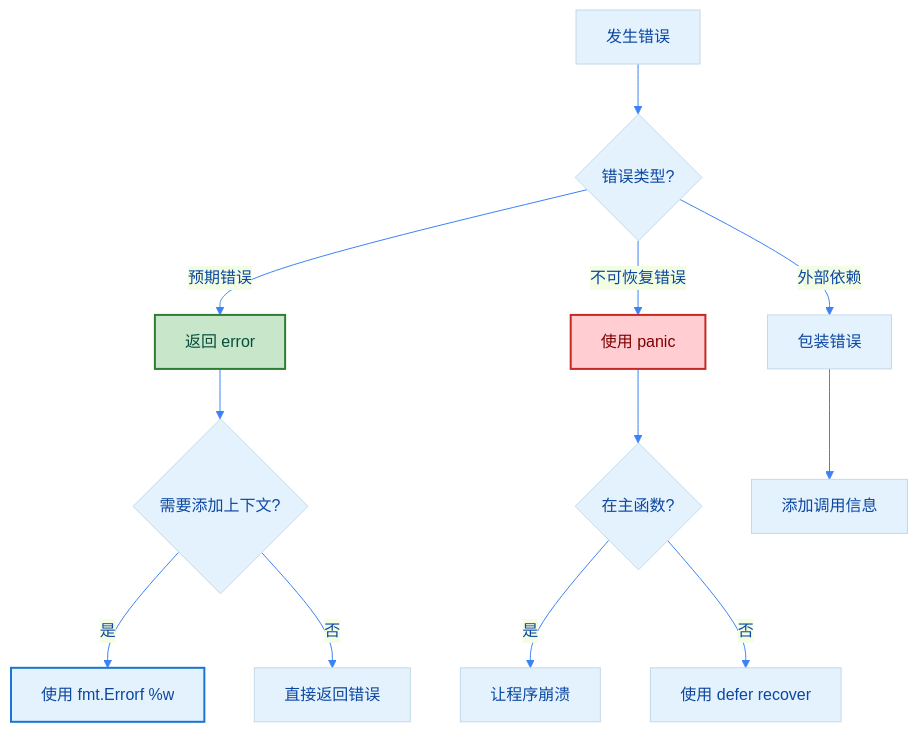
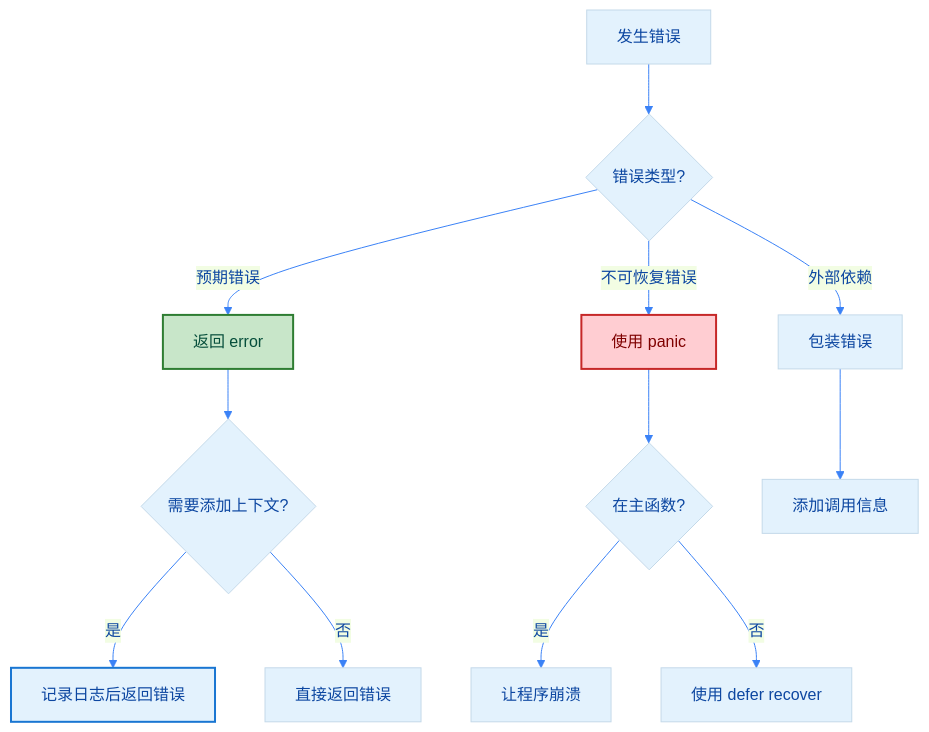
One commit to lazygophers/knowledge changed the fifth of 5 diagrams in docs/zh/golang/functions-methods/panic-recover.mdx. Above: the diagram before and after it, drawn with Mermaid. The commit also changed other lines of this file and 5 other files, not shown here.

````diff
--- a/docs/zh/golang/functions-methods/panic-recover.mdx
+++ b/docs/zh/golang/functions-methods/panic-recover.mdx
@@ -627,22 +636,22 @@
 ```mermaid
 %%{init: {'theme':'base', 'themeVariables': { 'lineColor':'#3b82f6', 'primaryColor':'#e3f2fd', 'primaryTextColor':'#0d47a1'}}}%%
 flowchart TD
     A[发生错误] --> B{错误类型?}
     B -->|预期错误| C[返回 error]
     B -->|不可恢复错误| D[使用 panic]
     B -->|外部依赖| E[包装错误]
 
     C --> F{需要添加上下文?}
-    F -->|是| G[使用 fmt.Errorf %w]
+    F -->|是| G[记录日志后返回错误]
     F -->|否| H[直接返回错误]
 
     D --> I{在主函数?}
     I -->|是| J[让程序崩溃]
     I -->|否| K[使用 defer recover]
 
     E --> L[添加调用信息]
 
     style C fill:#c8e6c9,stroke:#2e7d32,stroke-width:2px,color:#064e3b
     style D fill:#ffcdd2,stroke:#c62828,stroke-width:2px,color:#7f0000
     style G fill:#e3f2fd,stroke:#1976d2,stroke-width:2px,color:#0d47a1
 ```
````
